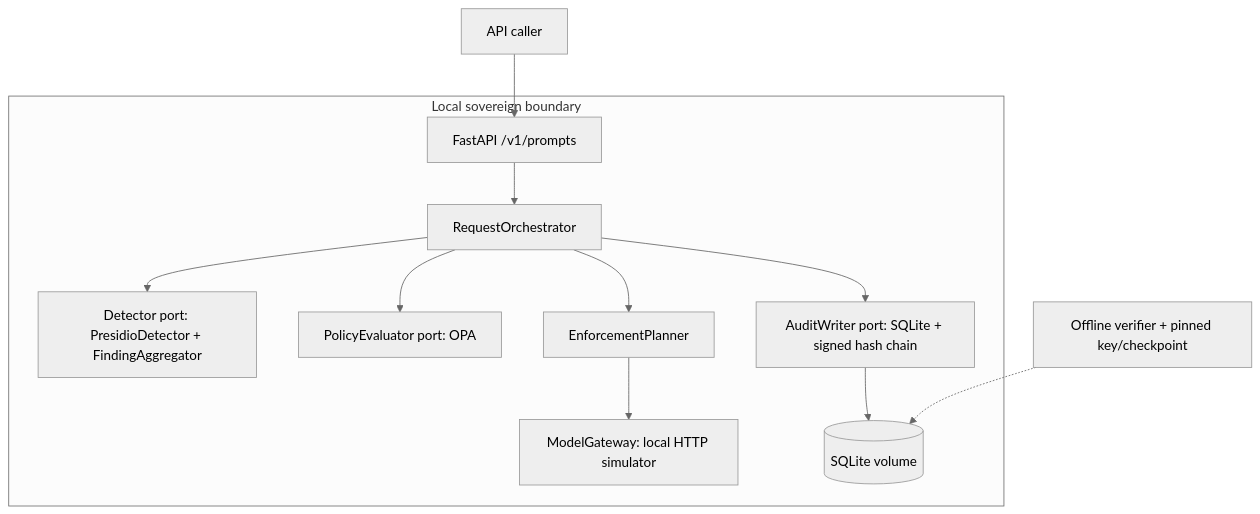
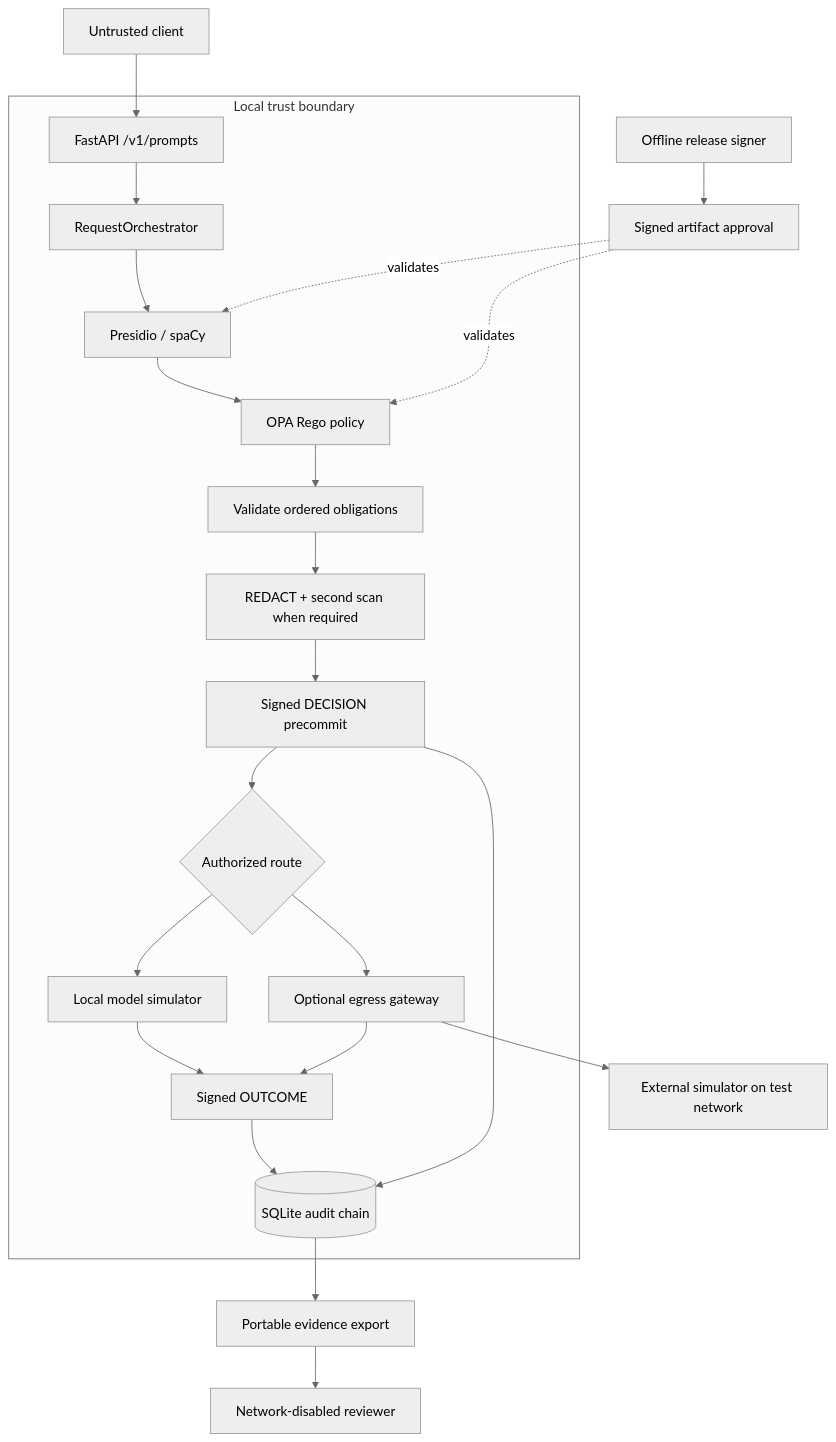
Before and after one commit to IlyaMich/sovereign-ai-control-plane: the first of 2 diagrams in docs/architecture.md, drawn with Mermaid (neutral theme). The commit also changed other lines of this file and 12 other files, not shown here.

First line of the commit message:
docs: align README and architecture guides with validated M6 design

````diff
--- a/docs/architecture.md
+++ b/docs/architecture.md
@@ -7,14 +20,25 @@
-```mermaid
+~~~mermaid
 flowchart TD
-    U[API caller] --> API[FastAPI /v1/prompts]
-    subgraph Boundary[Local sovereign boundary]
-      API --> O[RequestOrchestrator]
-      O --> D[Detector port: PresidioDetector + FindingAggregator]
-      O --> P[PolicyEvaluator port: OPA]
-      O --> A[AuditWriter port: SQLite + signed hash chain]
-      O --> E[EnforcementPlanner]
-      E --> M[ModelGateway: local HTTP simulator]
-      A --> S[(SQLite volume)]
+    Client[Untrusted client] --> API[FastAPI /v1/prompts]
+    subgraph Local[Local trust boundary]
+        API --> O[RequestOrchestrator]
+        O --> D[Presidio / spaCy]
+        D --> P[OPA Rego policy]
+        P --> V[Validate ordered obligations]
+        V --> R[REDACT + second scan when required]
+        R --> A[Signed DECISION precommit]
+        A --> E{Authorized route}
+        E --> M[Local model simulator]
+        E --> G[Optional egress gateway]
+        M --> OUT[Signed OUTCOME]
+        G --> OUT
+        OUT --> DB[(SQLite audit chain)]
+        A --> DB
     end
-    V[Offline verifier + pinned key/checkpoint] -.-> S
-```
+    G --> X[External simulator on test network]
+    Signer[Offline release signer] --> Approval[Signed artifact approval]
+    Approval -. validates .-> P
+    Approval -. validates .-> D
+    DB --> Export[Portable evidence export]
+    Export --> Reviewer[Network-disabled reviewer]
+~~~
````
